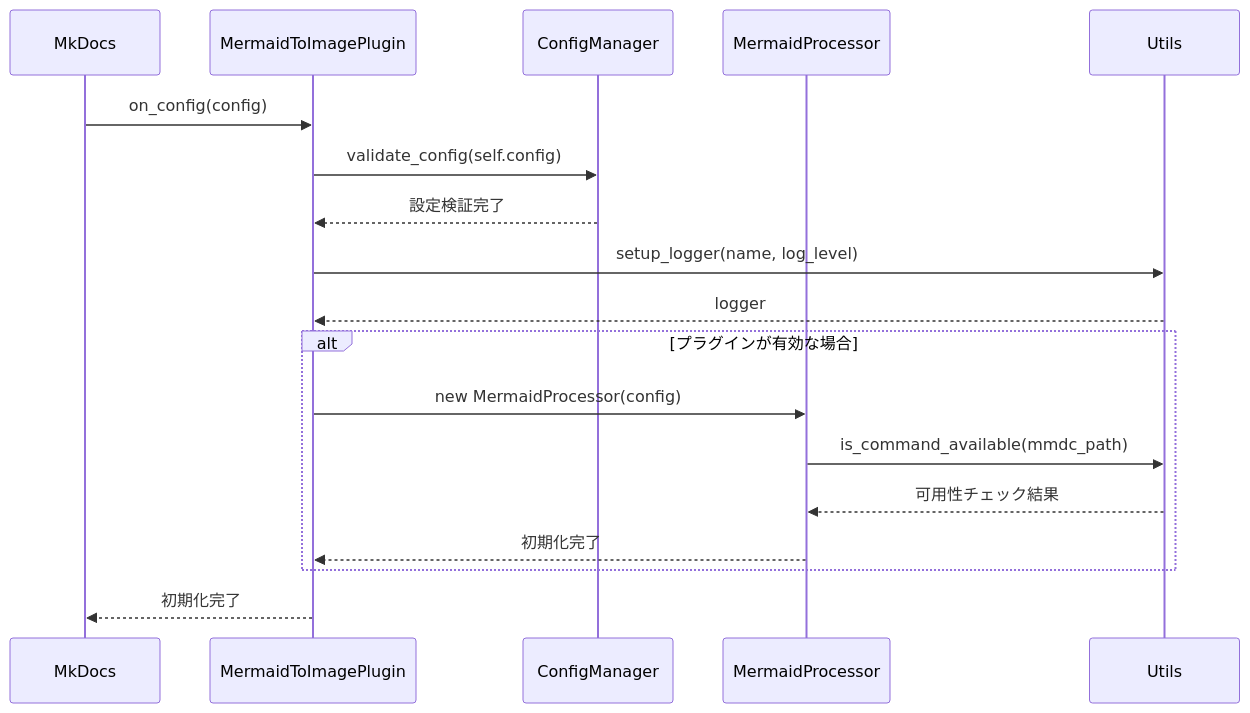
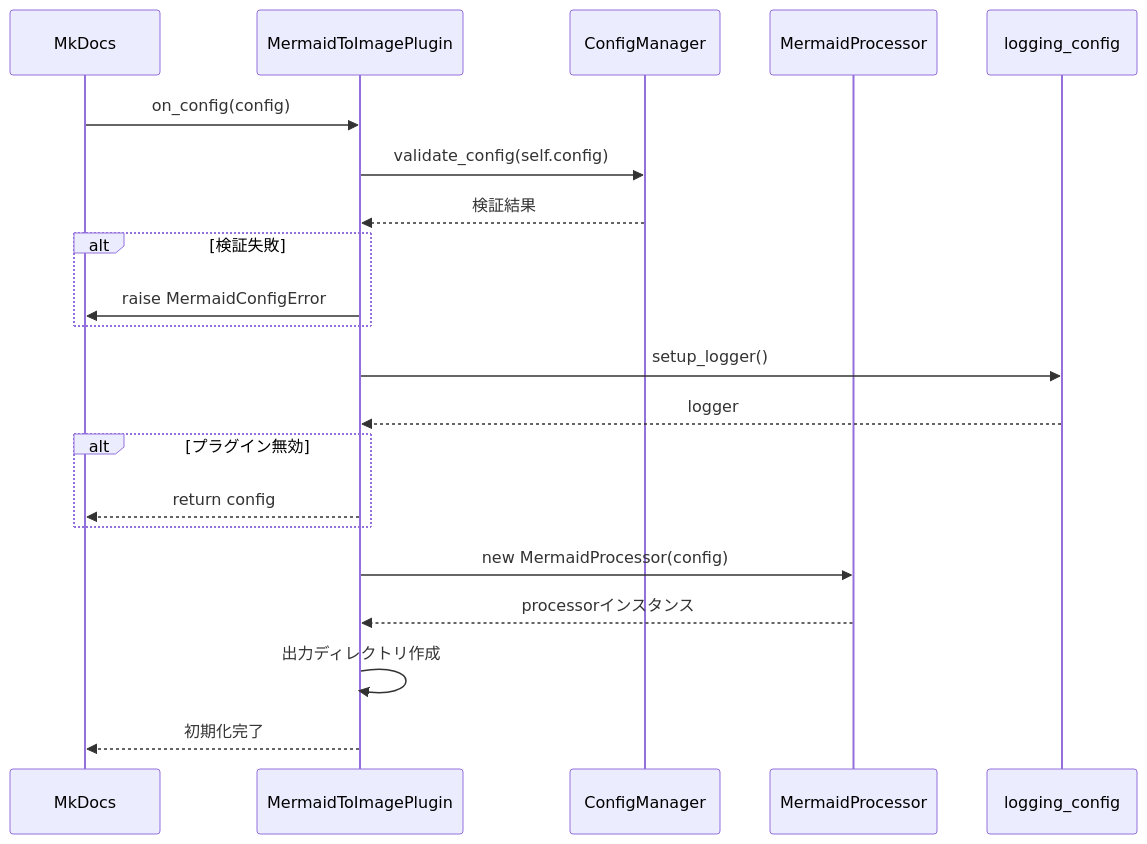
One commit to nuitsjp/mkdocs-mermaid-to-svg changed the third of 6 diagrams in docs/architecture.md. Above: the diagram before and after it, drawn with Mermaid. The commit also changed other lines of this file, not shown here.

Commit message:
docs: architecture.mdを最新のソースコードに合わせて更新

````diff
--- a/docs/architecture.md
+++ b/docs/architecture.md
@@ -155,23 +155,28 @@
 ```mermaid
 sequenceDiagram
     participant MkDocs
     participant Plugin as MermaidToImagePlugin
-    participant Config as ConfigManager
-    participant Processor as MermaidProcessor
-    participant Utils
+    participant CfgMgr as ConfigManager
+    participant Proc as MermaidProcessor
+    participant Logger as logging_config
 
     MkDocs->>Plugin: on_config(config)
-    Plugin->>Config: validate_config(self.config)
-    Config-->>Plugin: 設定検証完了
-
-    Plugin->>Utils: setup_logger(name, log_level)
-    Utils-->>Plugin: logger
-    alt プラグインが有効な場合
-        Plugin->>Processor: new MermaidProcessor(config)
-        Processor->>Utils: is_command_available(mmdc_path)
-        Utils-->>Processor: 可用性チェック結果
-        Processor-->>Plugin: 初期化完了
+    Plugin->>CfgMgr: validate_config(self.config)
+    CfgMgr-->>Plugin: 検証結果
+    alt 検証失敗
+        Plugin->>MkDocs: raise MermaidConfigError
     end
 
+    Plugin->>Logger: setup_logger()
+    Logger-->>Plugin: logger
+
+    alt プラグイン無効
+        Plugin-->>MkDocs: return config
+    end
+
+    Plugin->>Proc: new MermaidProcessor(config)
+    Proc-->>Plugin: processorインスタンス
+
+    Plugin->>Plugin: 出力ディレクトリ作成
     Plugin-->>MkDocs: 初期化完了
 ```
````
